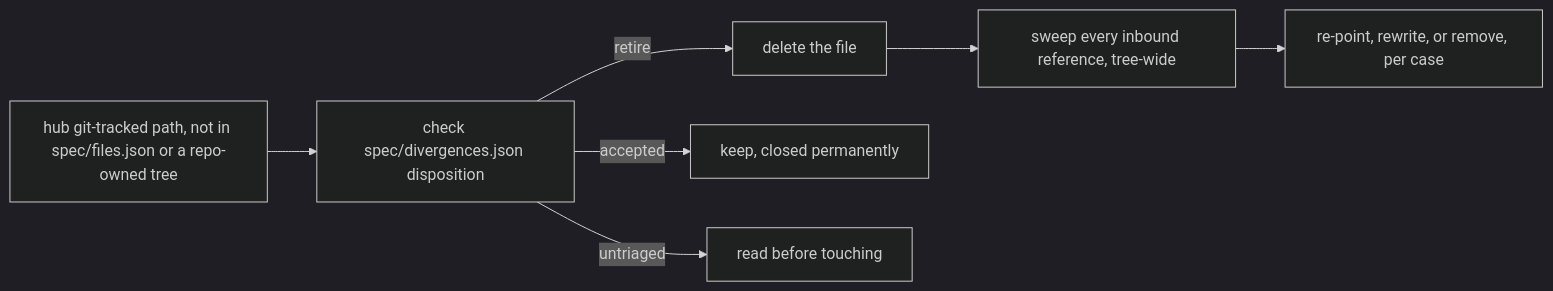
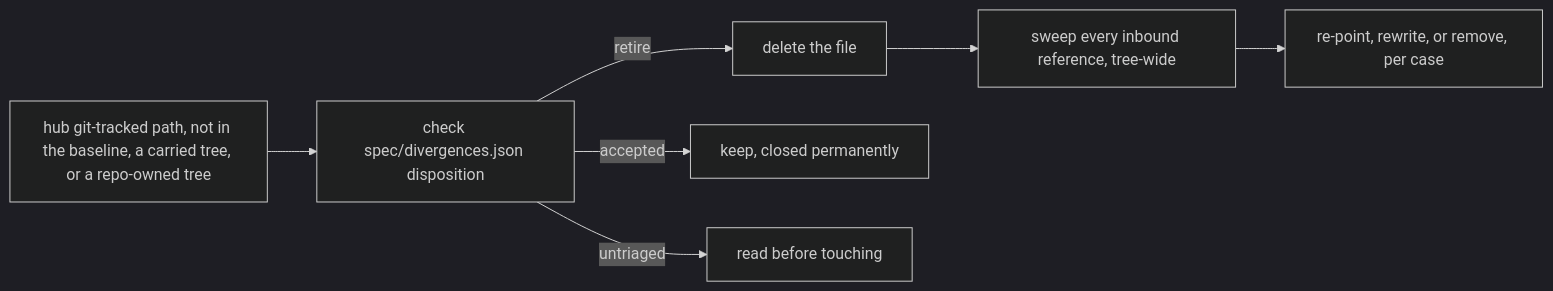
One commit to ptr727/ProjectTemplate changed the second of 2 diagrams in RESYNC.md. Above: the diagram before and after it, drawn with Mermaid (dark theme). The commit also changed other lines of this file and 2 other files, not shown here.

Commit message:
Name the Carried Trees Exclusion Wherever the Hub-Only Set Is Defined
The hub-only set in spec/audit.py also excludes every hub path a carried
trees entry covers. AUDIT.md, RESYNC.md section 4, and the
carried.hubonly.absent assertion named only the baseline and the
repo-owned trees, so each now names the trees exclusion too.

````diff
--- a/RESYNC.md
+++ b/RESYNC.md
@@ -94,9 +94,9 @@
 ```mermaid
 flowchart LR
-  candidate["hub git-tracked path, not in spec/files.json or a repo-owned tree"] --> disp["check spec/divergences.json disposition"]
+  candidate["hub git-tracked path, not in the baseline, a carried tree, or a repo-owned tree"] --> disp["check spec/divergences.json disposition"]
   disp -->|"retire"| delete["delete the file"]
   disp -->|"accepted"| keep["keep, closed permanently"]
   disp -->|"untriaged"| read["read before touching"]
   delete --> sweep["sweep every inbound reference, tree-wide"]
   sweep --> fix["re-point, rewrite, or remove, per case"]
 ```
````
